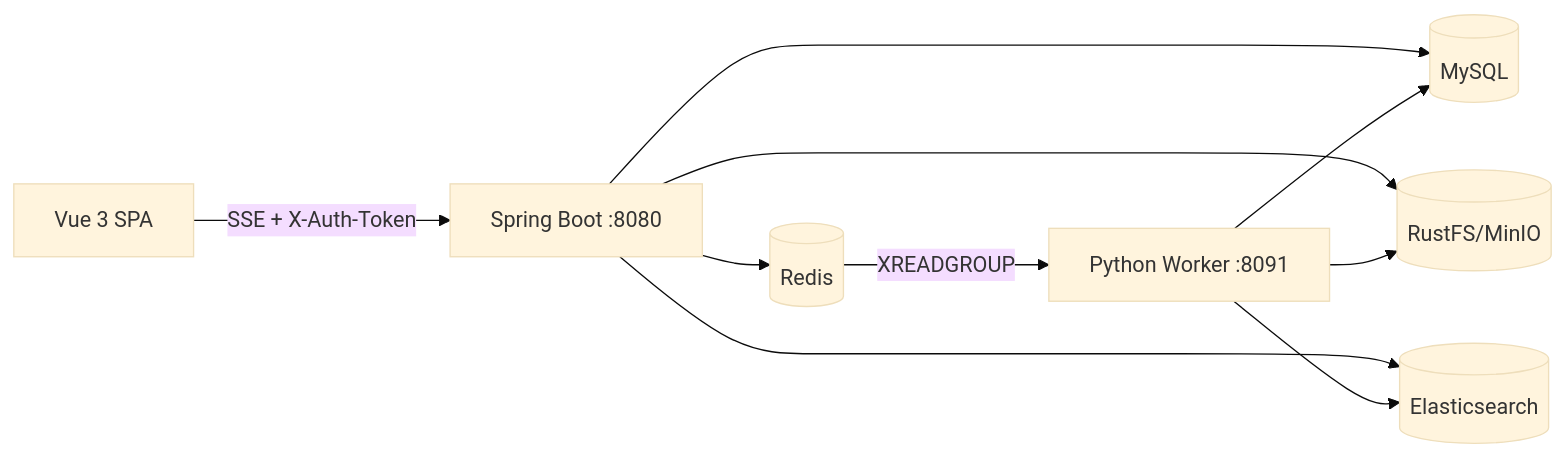
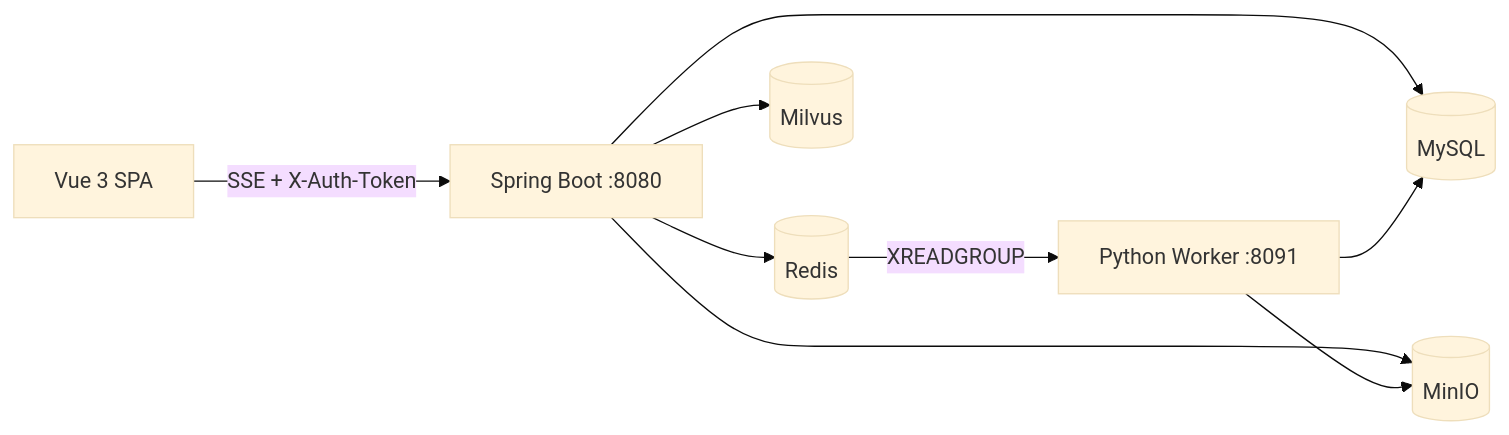
The first of 3 diagrams in README.md (GodvFocus/ItOpsAgent), drawn with Mermaid (base theme) before and after one commit. The commit also changed other lines of this file and 18 other files, not shown here.

````diff
--- a/README.md
+++ b/README.md
@@ -30,12 +30,11 @@
 ```mermaid
 flowchart LR
     A[Vue 3 SPA] -->|SSE + X-Auth-Token| B[Spring Boot :8080]
     B --> C[(MySQL)]
     B --> D[(Redis)]
-    B --> E[(Elasticsearch)]
-    B --> F[(RustFS/MinIO)]
+    B --> E[(Milvus)]
+    B --> F[(MinIO)]
     D -->|XREADGROUP| G[Python Worker :8091]
     G --> F
-    G --> E
     G --> C
 ```
````
